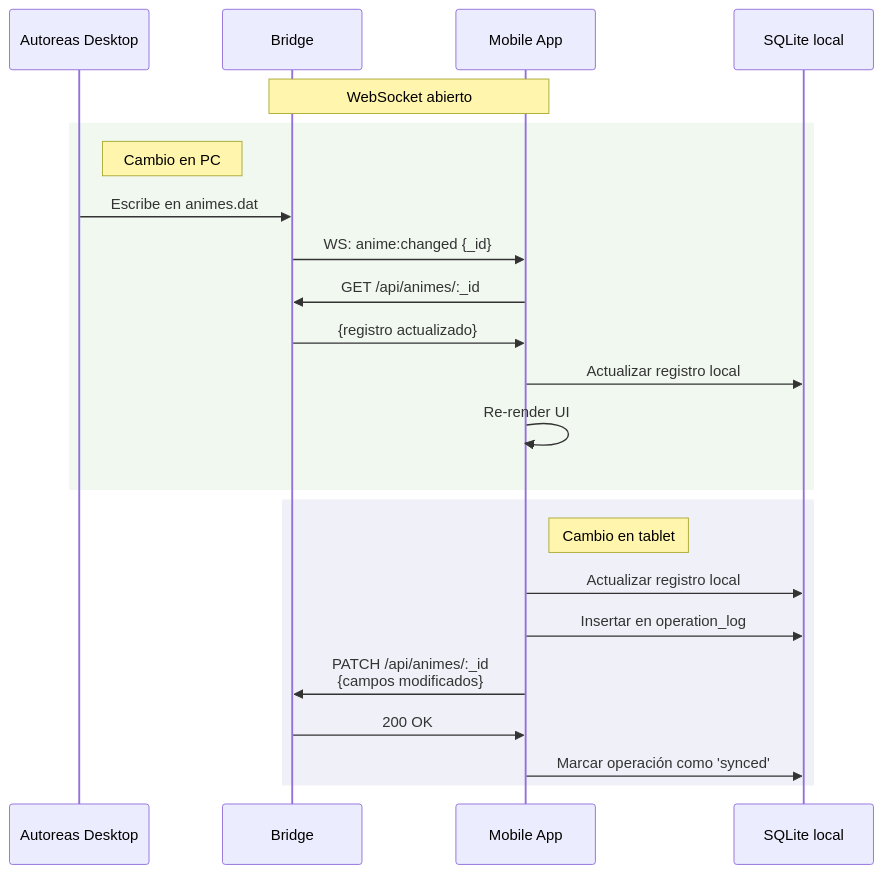
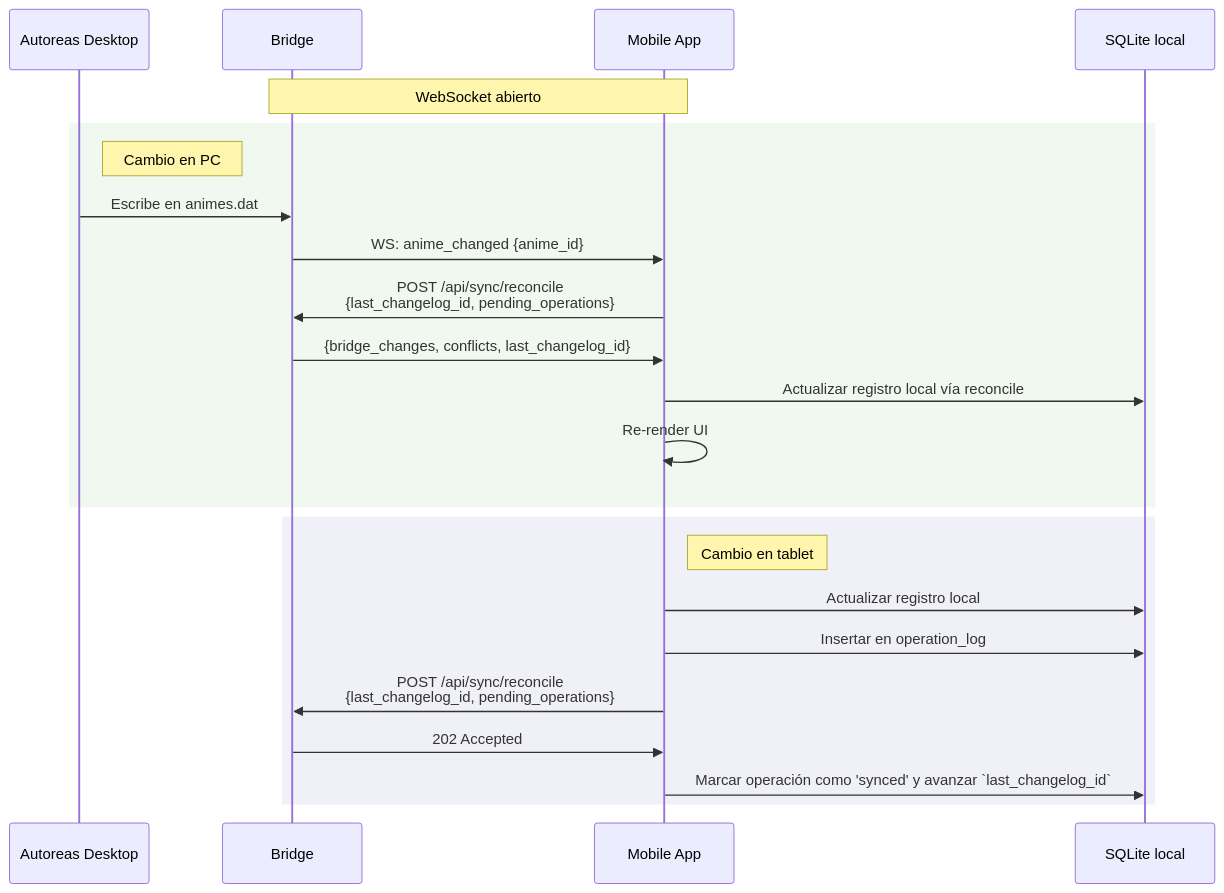
One commit to Disble/autoreas-mobile changed the fifth of 5 diagrams in docs/Autoreas_mobile_design_doc.md. Above: the diagram before and after it, drawn with Mermaid. The commit also changed other lines of this file and 6 other files, not shown here.

````diff
--- a/docs/Autoreas_mobile_design_doc.md
+++ b/docs/Autoreas_mobile_design_doc.md
@@ -428,28 +430,28 @@
 ```mermaid
 sequenceDiagram
     participant AD as Autoreas Desktop
     participant B as Bridge
     participant APP as Mobile App
     participant SQL as SQLite local
 
     Note over B,APP: WebSocket abierto
 
     rect rgb(240, 248, 240)
         Note right of AD: Cambio en PC
         AD->>B: Escribe en animes.dat
-        B->>APP: WS: anime:changed {_id}
-        APP->>B: GET /api/animes/:_id
-        B->>APP: {registro actualizado}
-        APP->>SQL: Actualizar registro local
+        B->>APP: WS: anime_changed {anime_id}
+        APP->>B: POST /api/sync/reconcile<br/>{last_changelog_id, pending_operations}
+        B->>APP: {bridge_changes, conflicts, last_changelog_id}
+        APP->>SQL: Actualizar registro local vía reconcile
         APP->>APP: Re-render UI
     end
 
     rect rgb(240, 240, 248)
         Note right of APP: Cambio en tablet
         APP->>SQL: Actualizar registro local
         APP->>SQL: Insertar en operation_log
-        APP->>B: PATCH /api/animes/:_id<br/>{campos modificados}
-        B->>APP: 200 OK
-        APP->>SQL: Marcar operación como 'synced'
+        APP->>B: POST /api/sync/reconcile<br/>{last_changelog_id, pending_operations}
+        B->>APP: 202 Accepted
+        APP->>SQL: Marcar operación como 'synced' y avanzar `last_changelog_id`
     end
 ```
````
